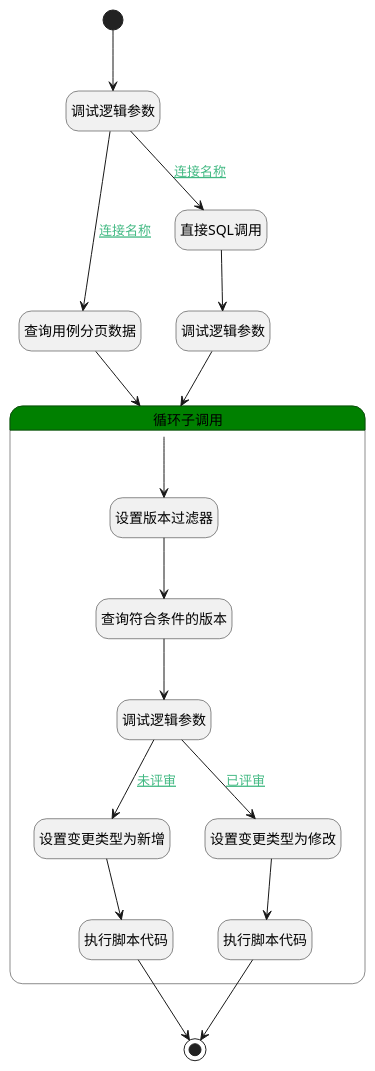
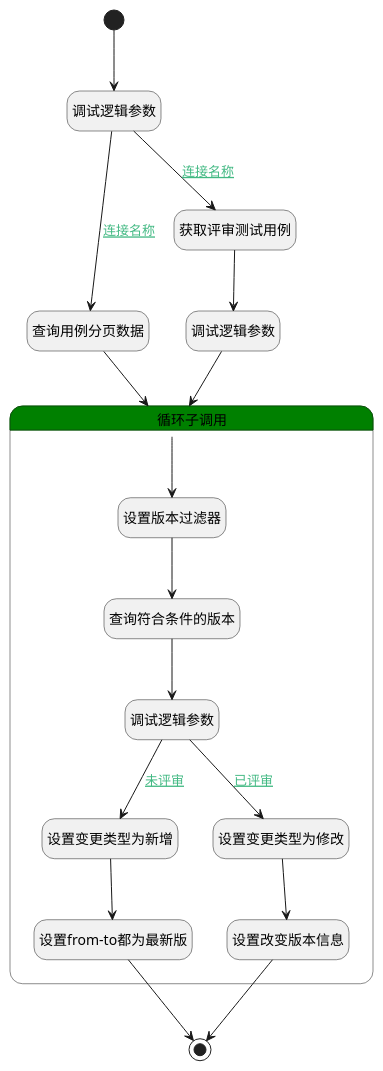
One commit to iBizLab/plm changed the diagram in doc/docsify/module/TestMgmt/test_case/logic/set_change_type.md. Above: the diagram before and after it, drawn with PlantUML. The commit also changed other lines of this file and 1778 other files, not shown here.

````diff
--- a/doc/docsify/module/TestMgmt/test_case/logic/set_change_type.md
+++ b/doc/docsify/module/TestMgmt/test_case/logic/set_change_type.md
@@ -7,46 +7,46 @@
 ```plantuml
 @startuml
 hide empty description
 <style>
 root {
   HyperlinkColor #42b983
 }
 </style>
 
 hide empty description
 state "开始" as Begin <<start>> [[$./set_change_type#begin {"开始"}]]
 state "调试逻辑参数" as DEBUGPARAM3  [[$./set_change_type#debugparam3 {"调试逻辑参数"}]]
 state "查询用例分页数据" as DEDATASET1  [[$./set_change_type#dedataset1 {"查询用例分页数据"}]]
 state "调试逻辑参数" as DEBUGPARAM4  [[$./set_change_type#debugparam4 {"调试逻辑参数"}]]
-state "直接SQL调用" as RAWSQLCALL1  [[$./set_change_type#rawsqlcall1 {"直接SQL调用"}]]
+state "获取评审测试用例" as RAWSQLCALL1  [[$./set_change_type#rawsqlcall1 {"获取评审测试用例"}]]
 state "结束" as END1 <<end>> [[$./set_change_type#end1 {"结束"}]]
 state "循环子调用" as LOOPSUBCALL1  [[$./set_change_type#loopsubcall1 {"循环子调用"}]] #green {
 state "设置版本过滤器" as PREPAREPARAM1  [[$./set_change_type#prepareparam1 {"设置版本过滤器"}]]
 state "查询符合条件的版本" as DEDATASET2  [[$./set_change_type#dedataset2 {"查询符合条件的版本"}]]
 state "调试逻辑参数" as DEBUGPARAM2  [[$./set_change_type#debugparam2 {"调试逻辑参数"}]]
 state "设置变更类型为新增" as PREPAREPARAM2  [[$./set_change_type#prepareparam2 {"设置变更类型为新增"}]]
-state "执行脚本代码" as RAWSFCODE1  [[$./set_change_type#rawsfcode1 {"执行脚本代码"}]]
+state "设置from-to都为最新版" as RAWSFCODE1  [[$./set_change_type#rawsfcode1 {"设置from-to都为最新版"}]]
 state "设置变更类型为修改" as PREPAREPARAM3  [[$./set_change_type#prepareparam3 {"设置变更类型为修改"}]]
-state "执行脚本代码" as RAWSFCODE2  [[$./set_change_type#rawsfcode2 {"执行脚本代码"}]]
+state "设置改变版本信息" as RAWSFCODE2  [[$./set_change_type#rawsfcode2 {"设置改变版本信息"}]]
 }
 
 
 Begin --> DEBUGPARAM3
 DEBUGPARAM3 --> DEDATASET1 : [[$./set_change_type#debugparam3-dedataset1{连接名称} 连接名称]]
 DEDATASET1 --> LOOPSUBCALL1
 LOOPSUBCALL1 --> PREPAREPARAM1
 PREPAREPARAM1 --> DEDATASET2
 DEDATASET2 --> DEBUGPARAM2
 DEBUGPARAM2 --> PREPAREPARAM2 : [[$./set_change_type#debugparam2-prepareparam2{未评审} 未评审]]
 PREPAREPARAM2 --> RAWSFCODE1
 RAWSFCODE1 --> END1
 DEBUGPARAM2 --> PREPAREPARAM3 : [[$./set_change_type#debugparam2-prepareparam3{已评审} 已评审]]
 PREPAREPARAM3 --> RAWSFCODE2
 RAWSFCODE2 --> END1
 DEBUGPARAM3 --> RAWSQLCALL1 : [[$./set_change_type#debugparam3-rawsqlcall1{连接名称} 连接名称]]
 RAWSQLCALL1 --> DEBUGPARAM4
 DEBUGPARAM4 --> LOOPSUBCALL1
 
 
 @enduml
 ```
````
